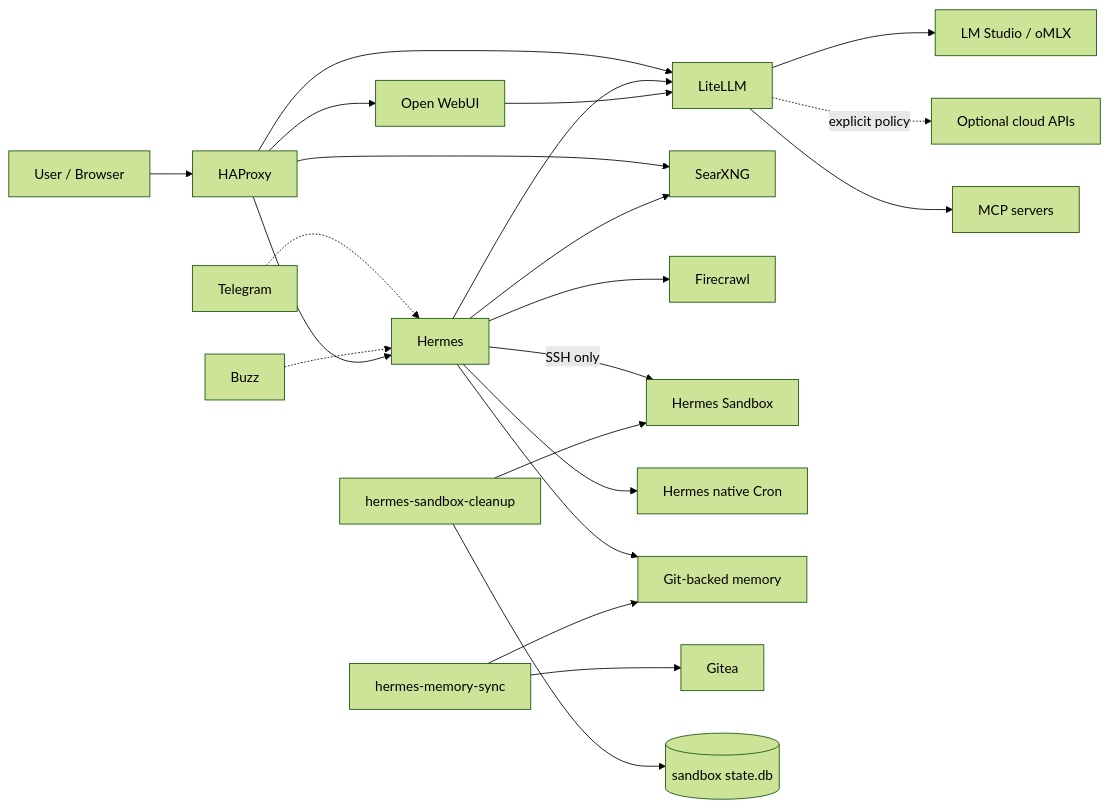
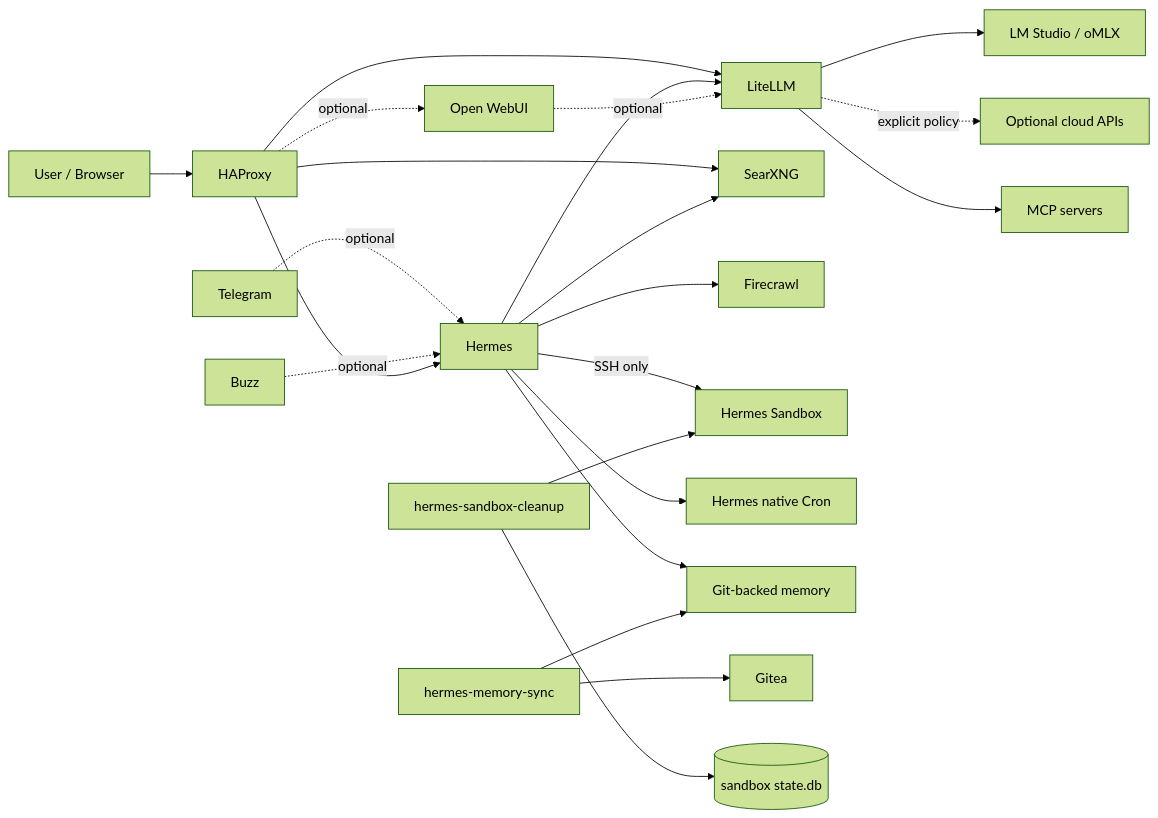
One commit to ea1het/local_hybrid_ai changed the diagram in README.md. Above: the diagram before and after it, drawn with Mermaid (forest theme). The commit also changed other lines of this file, not shown here.

````diff
--- a/README.md
+++ b/README.md
@@ -28,29 +40,30 @@
 ```mermaid
 flowchart LR
     U[User / Browser] --> HAP[HAProxy]
-    TG[Telegram] -.-> H[Hermes]
-    BUZZ[Buzz] -.-> H
+    TG[Telegram] -. optional .-> H[Hermes]
+    BZ[Buzz] -. optional .-> H
 
-    HAP --> OW[Open WebUI]
     HAP --> H
     HAP --> LL[LiteLLM]
     HAP --> SX[SearXNG]
+    HAP -. optional .-> OW[Open WebUI]
 
     H --> LL
-    OW --> LL
+    OW -. optional .-> LL
+
     LL --> LM[LM Studio / oMLX]
     LL -. explicit policy .-> CLOUD[Optional cloud APIs]
     LL --> MCP[MCP servers]
 
     H --> SX
     H --> FC[Firecrawl]
     H -->|SSH only| SB[Hermes Sandbox]
     H --> CRON[Hermes native Cron]
     H --> MEM[Git-backed memory]
 
     MS[hermes-memory-sync] --> MEM
     MS --> G[Gitea]
 
     SC[hermes-sandbox-cleanup] --> SB
     SC --> DB[(sandbox state.db)]
 ```
````
